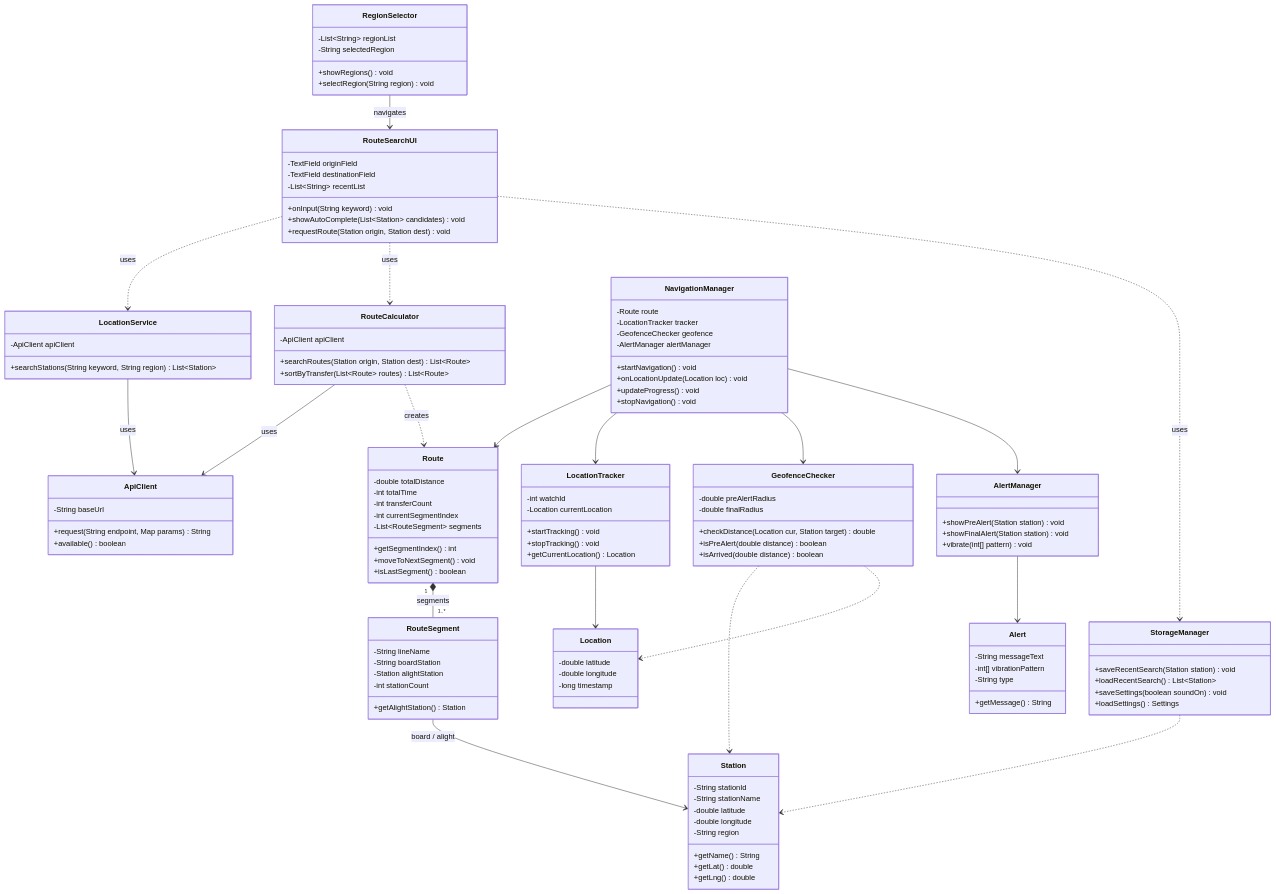
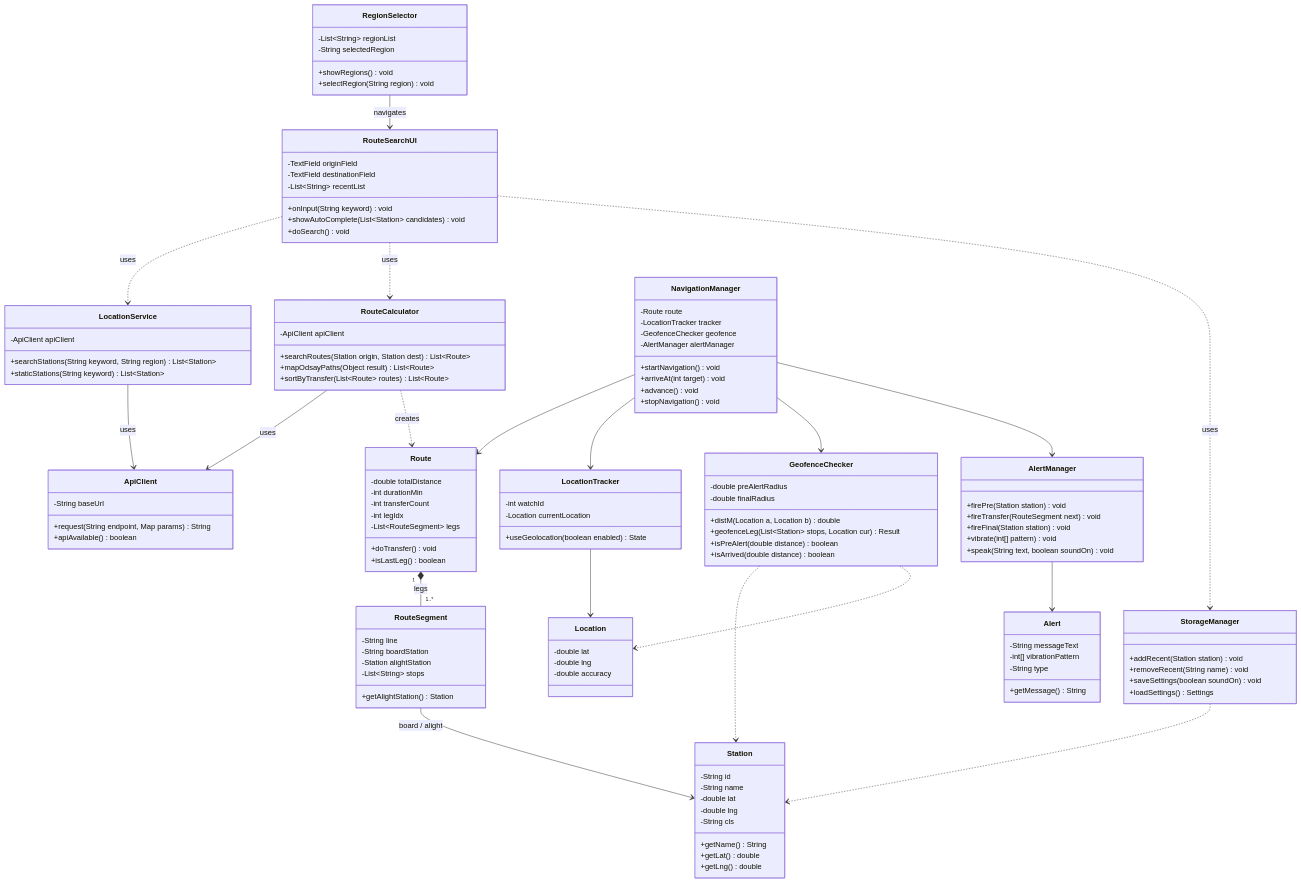
Before and after one commit to moonchanju/adigasu: the diagram in diagrams/class-diagram.mmd, drawn with Mermaid. The commit also changed 7 other files, not shown here.

```diff
--- a/diagrams/class-diagram.mmd
+++ b/diagrams/class-diagram.mmd
@@ -1,121 +1,123 @@
 classDiagram
   class RegionSelector {
     -List~String~ regionList
     -String selectedRegion
     +showRegions() void
     +selectRegion(String region) void
   }
   class RouteSearchUI {
     -TextField originField
     -TextField destinationField
     -List~String~ recentList
     +onInput(String keyword) void
     +showAutoComplete(List~Station~ candidates) void
-    +requestRoute(Station origin, Station dest) void
+    +doSearch() void
   }
   class LocationService {
     -ApiClient apiClient
     +searchStations(String keyword, String region) List~Station~
+    +staticStations(String keyword) List~Station~
   }
   class RouteCalculator {
     -ApiClient apiClient
     +searchRoutes(Station origin, Station dest) List~Route~
+    +mapOdsayPaths(Object result) List~Route~
     +sortByTransfer(List~Route~ routes) List~Route~
   }
   class Route {
     -double totalDistance
-    -int totalTime
+    -int durationMin
     -int transferCount
-    -int currentSegmentIndex
-    -List~RouteSegment~ segments
-    +getSegmentIndex() int
-    +moveToNextSegment() void
-    +isLastSegment() boolean
+    -int legIdx
+    -List~RouteSegment~ legs
+    +doTransfer() void
+    +isLastLeg() boolean
   }
   class RouteSegment {
-    -String lineName
+    -String line
     -String boardStation
     -Station alightStation
-    -int stationCount
+    -List~String~ stops
     +getAlightStation() Station
   }
   class Station {
-    -String stationId
-    -String stationName
-    -double latitude
-    -double longitude
-    -String region
+    -String id
+    -String name
+    -double lat
+    -double lng
+    -String cls
     +getName() String
     +getLat() double
     +getLng() double
   }
   class NavigationManager {
     -Route route
     -LocationTracker tracker
     -GeofenceChecker geofence
     -AlertManager alertManager
     +startNavigation() void
-    +onLocationUpdate(Location loc) void
-    +updateProgress() void
+    +arriveAt(int target) void
+    +advance() void
     +stopNavigation() void
   }
   class LocationTracker {
     -int watchId
     -Location currentLocation
-    +startTracking() void
-    +stopTracking() void
-    +getCurrentLocation() Location
+    +useGeolocation(boolean enabled) State
   }
   class Location {
-    -double latitude
-    -double longitude
-    -long timestamp
+    -double lat
+    -double lng
+    -double accuracy
   }
   class GeofenceChecker {
     -double preAlertRadius
     -double finalRadius
-    +checkDistance(Location cur, Station target) double
+    +distM(Location a, Location b) double
+    +geofenceLeg(List~Station~ stops, Location cur) Result
     +isPreAlert(double distance) boolean
     +isArrived(double distance) boolean
   }
   class AlertManager {
-    +showPreAlert(Station station) void
-    +showFinalAlert(Station station) void
+    +firePre(Station station) void
+    +fireTransfer(RouteSegment next) void
+    +fireFinal(Station station) void
     +vibrate(int[] pattern) void
+    +speak(String text, boolean soundOn) void
   }
   class Alert {
     -String messageText
     -int[] vibrationPattern
     -String type
     +getMessage() String
   }
   class ApiClient {
     -String baseUrl
     +request(String endpoint, Map params) String
-    +available() boolean
+    +apiAvailable() boolean
   }
   class StorageManager {
-    +saveRecentSearch(Station station) void
-    +loadRecentSearch() List~Station~
+    +addRecent(Station station) void
+    +removeRecent(String name) void
     +saveSettings(boolean soundOn) void
     +loadSettings() Settings
   }
 
   RegionSelector --> RouteSearchUI : navigates
   RouteSearchUI ..> LocationService : uses
   RouteSearchUI ..> RouteCalculator : uses
   RouteSearchUI ..> StorageManager : uses
   LocationService --> ApiClient : uses
   RouteCalculator --> ApiClient : uses
   RouteCalculator ..> Route : creates
-  Route "1" *-- "1..*" RouteSegment : segments
+  Route "1" *-- "1..*" RouteSegment : legs
   RouteSegment --> Station : board / alight
   NavigationManager --> Route
   NavigationManager --> LocationTracker
   NavigationManager --> GeofenceChecker
   NavigationManager --> AlertManager
   LocationTracker --> Location
   GeofenceChecker ..> Station
   GeofenceChecker ..> Location
   AlertManager --> Alert
   StorageManager ..> Station
```
